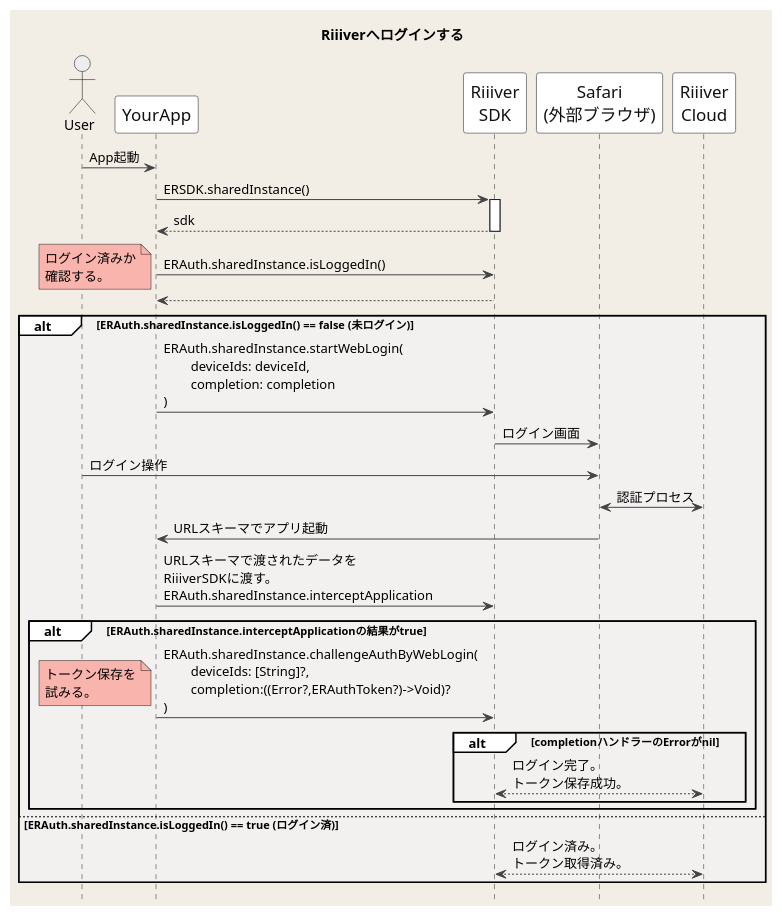
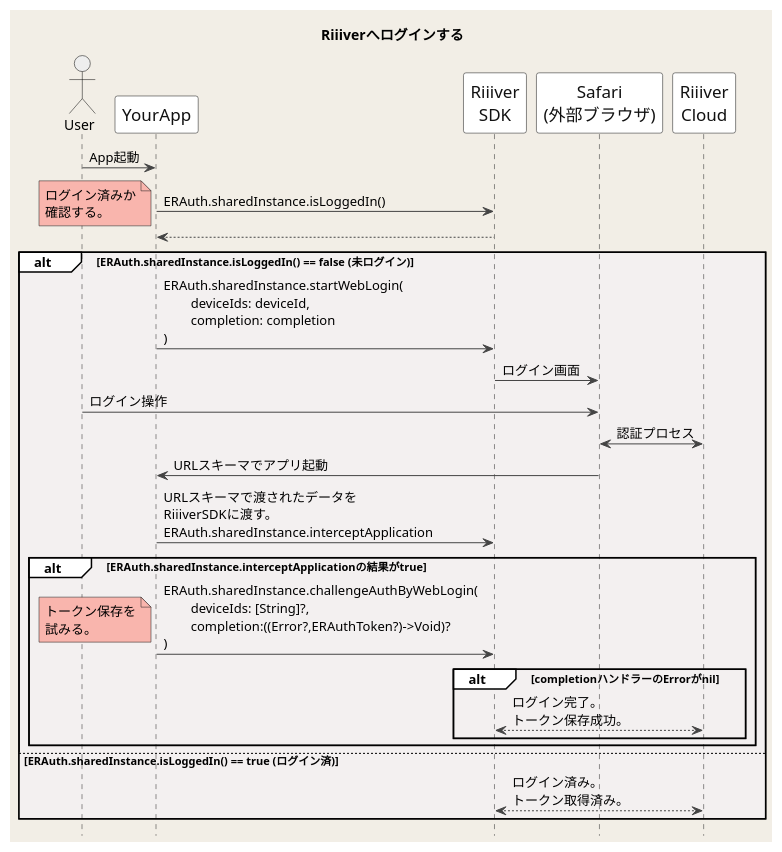
Before and after one commit to CitizenWatch/RiiiverResources: the diagram in images/ja/Sequences/login.pu, drawn with PlantUML. The commit also changed 2 other files, not shown here.

Commit message:
iOS版シーケンス図の誤りを修正

```diff
--- a/images/ja/Sequences/login.pu
+++ b/images/ja/Sequences/login.pu
@@ -1,71 +1,66 @@
 @startuml
 title Riiiverへログインする
 hide footbox
 
 skinparam DefaultFontName "Noto Sans JP, Helvetica, Arial, Liberation Sans"
 skinparam BackgroundColor #F2EEE6
 skinparam Shadowing false
 skinparam NoteBackgroundColor #F9B5AD
 skinparam NodeBorderColor #F26767
 
 skinparam sequence {
 ArrowColor #444444
 ActorBorderColor Black
 LifeLineBorderColor #222222
 LifeLineBackgroundColor White
 BoxBorderColor #FFFFFF
 BoxBackgroundColor #F2fEf6
 GroupBackgroundColor #FFFFFF
 GroupBodyBackgroundColor #F3F0F0
 
 ParticipantBorderColor #111111
 ParticipantBackgroundColor White
 ParticipantFontSize 17
 ParticipantFontColor #111111
 BoundaryBorderColor Gray
 ActorBackgroundColor #eeeeee
 ActorFontColor Black
 
 }
 
 actor User
 participant YourApp as App
 participant "Riiiver\nSDK" as ERSDK
 participant "Safari\n(外部ブラウザ)" as Safari
 participant "Riiiver\nCloud" as Riiiver
 
 User -> App: App起動
 
-App -> ERSDK: ERSDK.sharedInstance()
-activate ERSDK
-App <-- ERSDK: sdk
-deactivate ERSDK
-
 App -> ERSDK: ERAuth.sharedInstance.isLoggedIn()
 note left: ログイン済みか\n確認する。
 ERSDK --> App: 
 
 alt ERAuth.sharedInstance.isLoggedIn() == false (未ログイン)
     App -> ERSDK: ERAuth.sharedInstance.startWebLogin(\n\tdeviceIds: deviceId,\n\tcompletion: completion\n)
     ERSDK -> Safari: ログイン画面
     User -> Safari: ログイン操作
     Safari <-> Riiiver: 認証プロセス
     Safari -> App: URLスキーマでアプリ起動
     App -> ERSDK: URLスキーマで渡されたデータを\nRiiiverSDKに渡す。\nERAuth.sharedInstance.interceptApplication
     alt ERAuth.sharedInstance.interceptApplicationの結果がtrue
         App -> ERSDK: ERAuth.sharedInstance.challengeAuthByWebLogin(\n\tdeviceIds: [String]?, \n\tcompletion:((Error?,ERAuthToken?)->Void)?\n)
         note left: トークン保存を\n試みる。
         alt completionハンドラーのErrorがnil
             ERSDK <---> Riiiver: ログイン完了。\nトークン保存成功。 
         end
     end
     
 else ERAuth.sharedInstance.isLoggedIn() == true (ログイン済)
     ERSDK <---> Riiiver: ログイン済み。\nトークン取得済み。
 end
 
 
 
 
 
 @enduml
```
